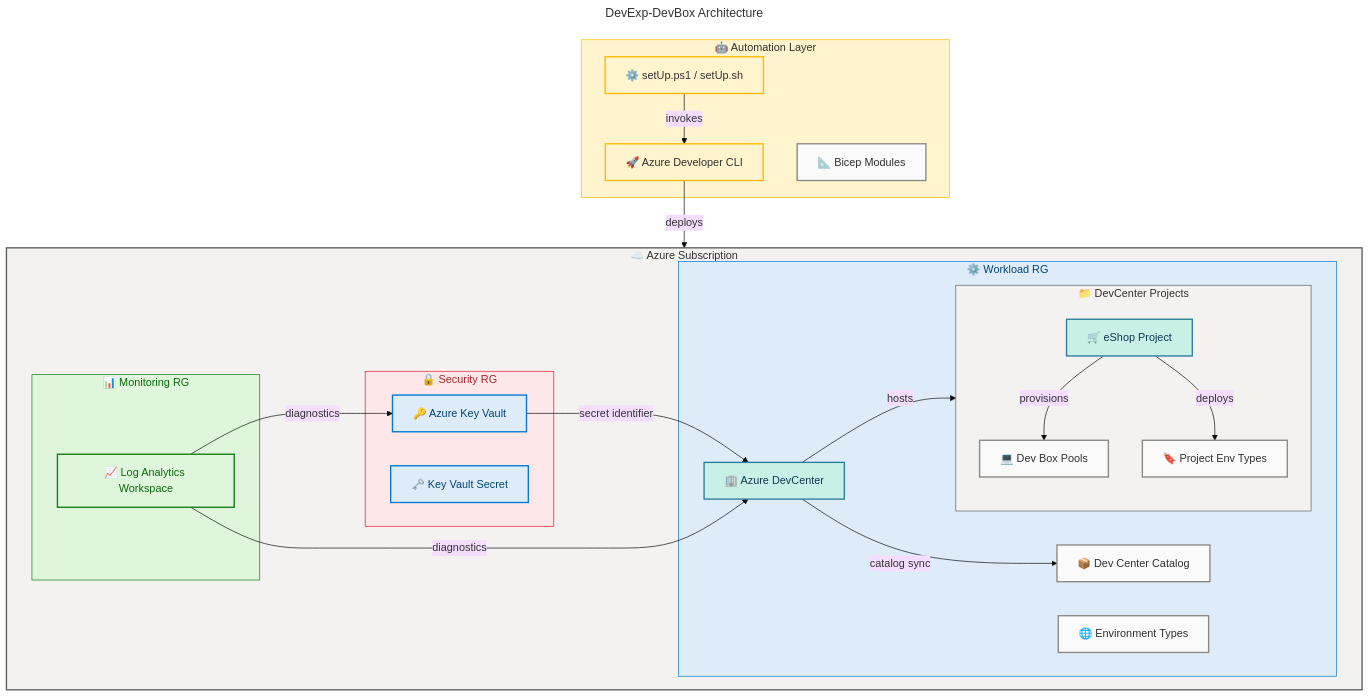
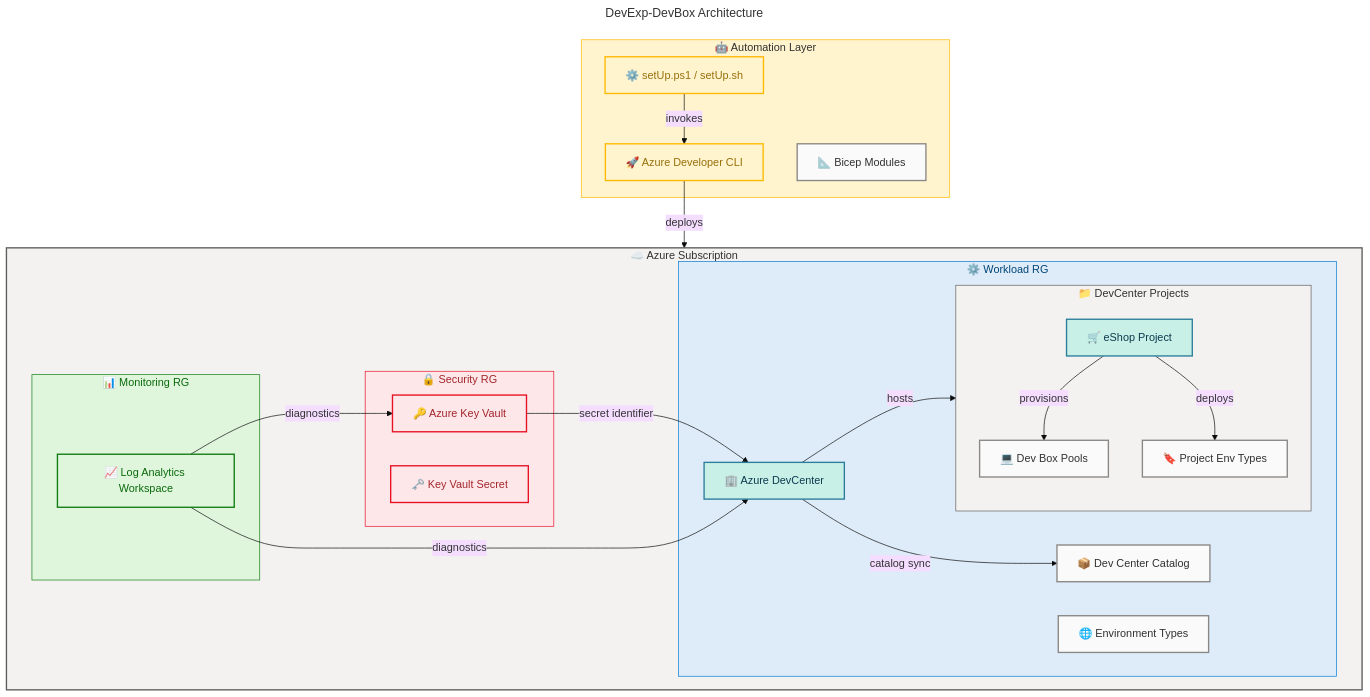
Before and after one commit to Evilazaro/DevExp-DevBox: the diagram in README.md, drawn with Mermaid.

Commit message:
style: update flowchart colors and add HTML labels for improved clarity

````diff
--- a/README.md
+++ b/README.md
@@ -84,6 +84,8 @@
   layout: dagre
   themeVariables:
     fontSize: '16px'
+  flowchart:
+    htmlLabels: true
 ---
 flowchart TD
     accTitle: DevExp-DevBox Architecture
@@ -108,21 +110,21 @@
 
     subgraph subscription["☁️ Azure Subscription"]
         subgraph security["🔒 Security RG"]
-            KV["🔑 Azure Key Vault"]:::azureBlue
-            SECRET["🗝️ Key Vault Secret"]:::azureBlue
+            KV["🔑 Azure Key Vault"]:::danger
+            SECRET["🗝️ Key Vault Secret"]:::danger
         end
 
         subgraph monitoring["📊 Monitoring RG"]
-            LAW["📈 Log Analytics Workspace"]:::azureGreen
+            LAW["📈 Log Analytics Workspace"]:::success
         end
 
         subgraph workload["⚙️ Workload RG"]
-            DC["🏢 Azure DevCenter"]:::azureTeal
+            DC["🏢 Azure DevCenter"]:::data
             CAT["📦 Dev Center Catalog"]:::neutral
             ENV["🌐 Environment Types"]:::neutral
 
             subgraph projects["📁 DevCenter Projects"]
-                PROJ["🛒 eShop Project"]:::azureTeal
+                PROJ["🛒 eShop Project"]:::data
                 POOL["💻 Dev Box Pools"]:::neutral
                 PROJEN["🔖 Project Env Types"]:::neutral
             end
@@ -141,7 +143,7 @@
     AZD -->|"deploys"| subscription
 
     %% ============================================
-    %% SUBGRAPH STYLING (5 subgraphs = 5 directives)
+    %% SUBGRAPH STYLING (6 subgraphs = 6 directives)
     %% ============================================
     style subscription fill:#F3F2F1,stroke:#605E5C,stroke-width:2px,color:#323130
     style security fill:#FDE7E9,stroke:#E81123,stroke-width:1px,color:#A4262C
@@ -152,10 +154,12 @@
 
     %% Centralized styling - approved semantic classes only
     classDef neutral fill:#FAFAFA,stroke:#8A8886,stroke-width:2px,color:#323130
-    classDef azureBlue fill:#DEECF9,stroke:#0078D4,stroke-width:2px,color:#004578
-    classDef azureGreen fill:#DFF6DD,stroke:#107C10,stroke-width:2px,color:#0B6A0B
-    classDef warning fill:#FFF4CE,stroke:#FFB900,stroke-width:2px,color:#323130
-    classDef azureTeal fill:#C8F0E7,stroke:#2D7D9A,stroke-width:2px,color:#0D3A4F
+    classDef core fill:#DEECF9,stroke:#0078D4,stroke-width:2px,color:#004578
+    classDef success fill:#DFF6DD,stroke:#107C10,stroke-width:2px,color:#0B6A0B
+    classDef warning fill:#FFF4CE,stroke:#FFB900,stroke-width:2px,color:#986F0B
+    classDef danger fill:#FDE7E9,stroke:#E81123,stroke-width:2px,color:#A4262C
+    classDef data fill:#C8F0E7,stroke:#2D7D9A,stroke-width:2px,color:#0D3A4F
+    classDef external fill:#F3F2F1,stroke:#605E5C,stroke-width:2px,color:#323130
 
 
 ```
````
